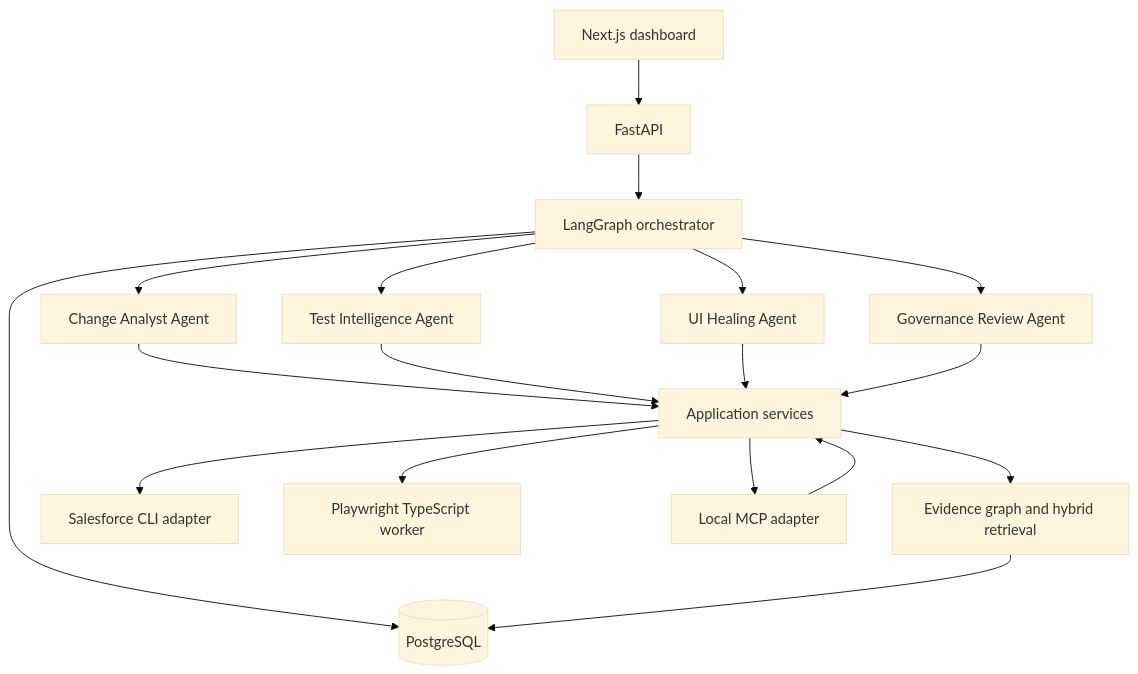
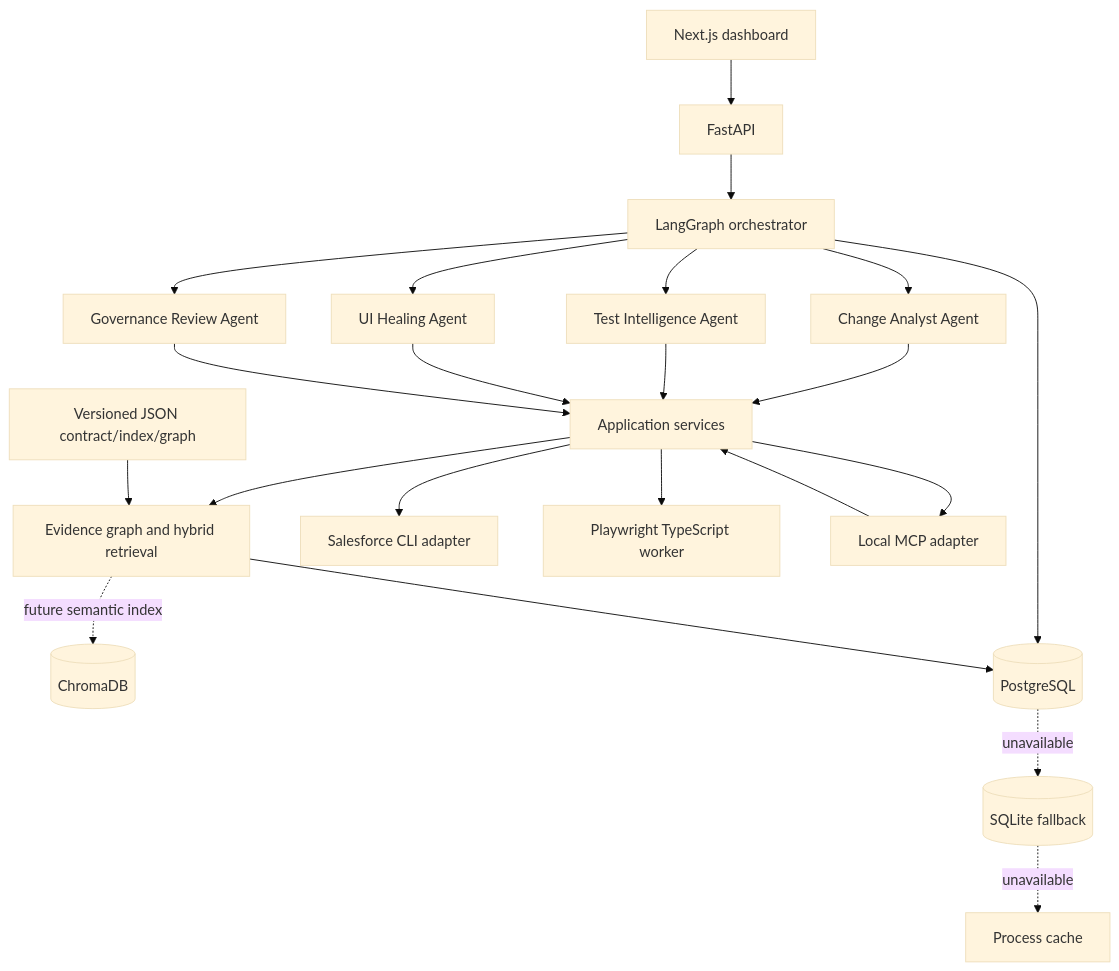
The diagram in Docs/01-architecture.md (neelriseai/Neo-SF-Q--Intel), drawn with Mermaid (base theme) before and after one commit. The commit also changed other lines of this file and 32 other files, not shown here.

````diff
--- a/Docs/01-architecture.md
+++ b/Docs/01-architecture.md
@@ -5,20 +5,24 @@
 ```mermaid
 flowchart TB
   WEB[Next.js dashboard] --> API[FastAPI]
   API --> WF[LangGraph orchestrator]
   WF --> CA[Change Analyst Agent]
   WF --> TA[Test Intelligence Agent]
   WF --> UH[UI Healing Agent]
   WF --> GA[Governance Review Agent]
   CA --> SVC[Application services]
   TA --> SVC
   UH --> SVC
   GA --> SVC
   SVC --> EG[Evidence graph and hybrid retrieval]
+  EG -. future semantic index .-> CHROMA[(ChromaDB)]
   SVC --> SF[Salesforce CLI adapter]
   SVC --> PW[Playwright TypeScript worker]
   SVC --> MCP[Local MCP adapter]
   WF --> PG[(PostgreSQL)]
   EG --> PG
+  PG -. unavailable .-> SQLITE[(SQLite fallback)]
+  SQLITE -. unavailable .-> CACHE[Process cache]
+  JSON[Versioned JSON contract/index/graph] --> EG
   MCP --> SVC
 ```
````
